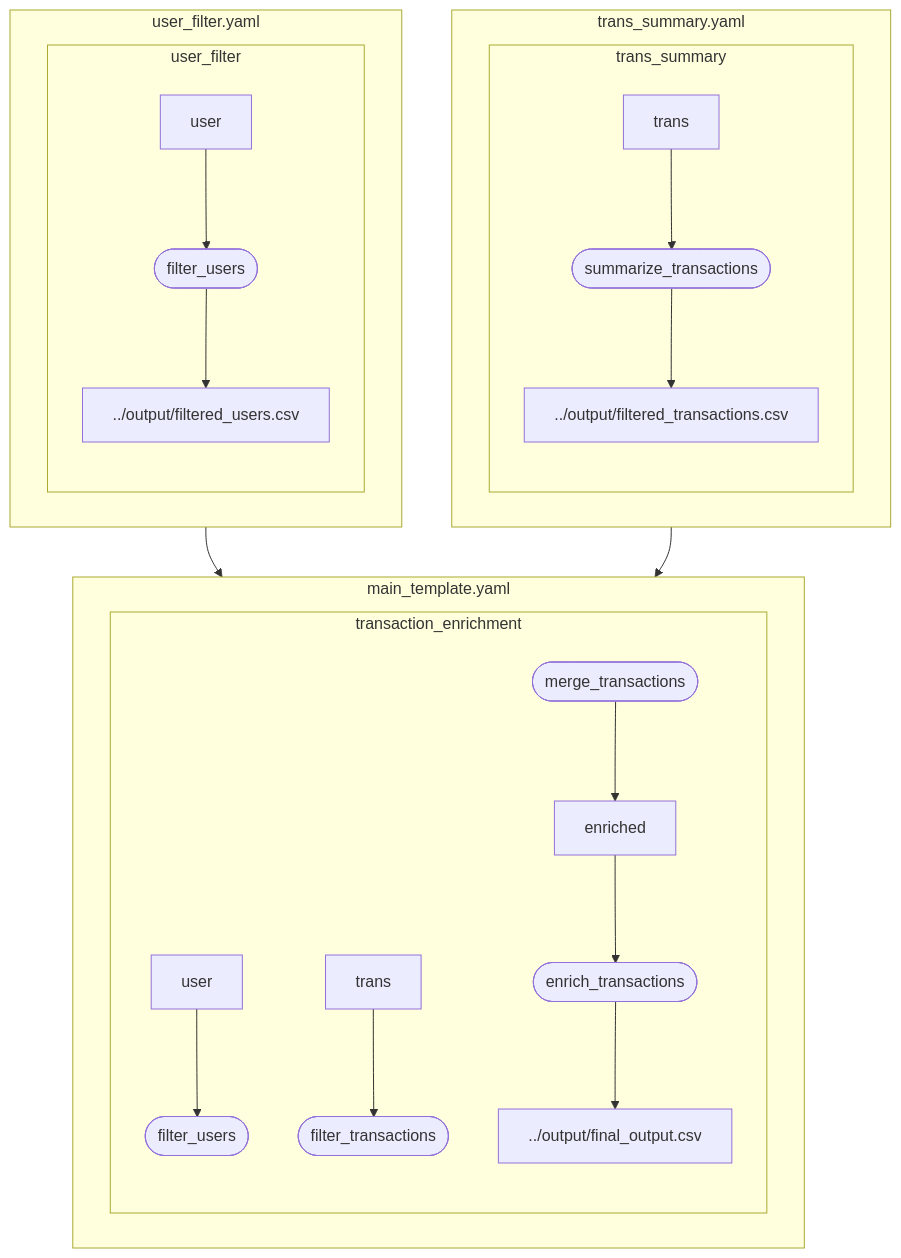
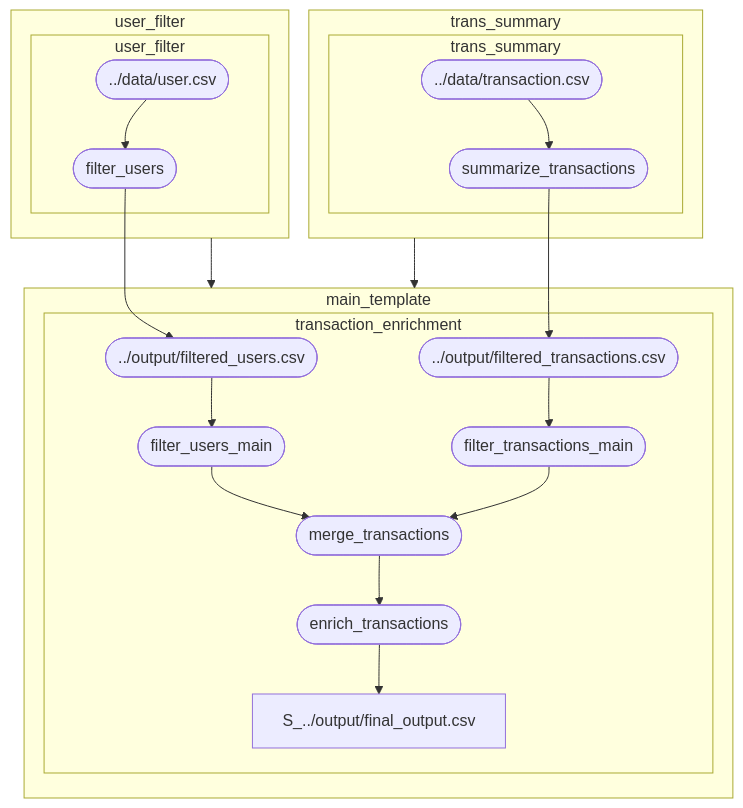
One commit to project-ro/rotab changed the diagram in examples/config/scripts/generated_user_flow.mmd. Above: the diagram before and after it, drawn with Mermaid. The commit also changed 8 other files, not shown here.

```diff
--- a/examples/config/scripts/generated_user_flow.mmd
+++ b/examples/config/scripts/generated_user_flow.mmd
@@ -1,44 +1,43 @@
 graph TB
 
-%% ==== TEMPLATE間の依存 ====
+%% ==== Template dependencies ====
 T_user_filter --> T_main_template
 T_trans_summary --> T_main_template
 
-%% ==== main_template.yaml ====
-subgraph T_main_template ["main_template.yaml"]
-    T_user_main_template_0["user"]
-    T_trans_main_template_1["trans"]
-    T_final_output_csv_out["../output/final_output.csv"]
-    subgraph P_transaction_enrichment ["transaction_enrichment"]
-        S1_main_template(["filter_users"])
-        S2_main_template(["filter_transactions"])
-        S3_main_template(["merge_transactions"])
-        S4_main_template(["enrich_transactions"])
-        T_user_main_template_0 --> S1_main_template
-        T_trans_main_template_1 --> S2_main_template
-        S3_main_template --> enriched -->
-        S4_main_template --> T_final_output_csv_out
-    end
+%% ==== Processes in main_template ====
+subgraph T_main_template ["main_template"]
+  subgraph P_transaction_enrichment ["transaction_enrichment"]
+    S_../output/filtered_users.csv(["../output/filtered_users.csv"])
+    S_../output/filtered_transactions.csv(["../output/filtered_transactions.csv"])
+    S_filter_users_main(["filter_users_main"])
+    S_filter_transactions_main(["filter_transactions_main"])
+    S_merge_transactions(["merge_transactions"])
+    S_enrich_transactions(["enrich_transactions"])
+    S_../output/filtered_users.csv --> S_filter_users_main
+    S_../output/filtered_transactions.csv --> S_filter_transactions_main
+    S_filter_users_main --> S_merge_transactions
+    S_filter_transactions_main --> S_merge_transactions
+    S_merge_transactions --> S_enrich_transactions
+    S_enrich_transactions --> S_../output/final_output.csv
+  end
 end
 
-%% ==== trans_summary.yaml ====
-subgraph T_trans_summary ["trans_summary.yaml"]
-    T_trans_trans_summary_0["trans"]
-    T_filtered_transactions_csv_out["../output/filtered_transactions.csv"]
-    subgraph P_trans_summary ["trans_summary"]
-        S1_trans_summary(["summarize_transactions"])
-        T_trans_trans_summary_0 --> S1_trans_summary
-        S1_trans_summary --> T_filtered_transactions_csv_out
-    end
+%% ==== Processes in trans_summary ====
+subgraph T_trans_summary ["trans_summary"]
+  subgraph P_trans_summary ["trans_summary"]
+    S_../data/transaction.csv(["../data/transaction.csv"])
+    S_summarize_transactions(["summarize_transactions"])
+    S_../data/transaction.csv --> S_summarize_transactions
+    S_summarize_transactions --> S_../output/filtered_transactions.csv
+  end
 end
 
-%% ==== user_filter.yaml ====
-subgraph T_user_filter ["user_filter.yaml"]
-    T_user_user_filter_0["user"]
-    T_filtered_users_csv_out["../output/filtered_users.csv"]
-    subgraph P_user_filter ["user_filter"]
-        S1_user_filter(["filter_users"])
-        T_user_user_filter_0 --> S1_user_filter
-        S1_user_filter --> T_filtered_users_csv_out
-    end
+%% ==== Processes in user_filter ====
+subgraph T_user_filter ["user_filter"]
+  subgraph P_user_filter ["user_filter"]
+    S_../data/user.csv(["../data/user.csv"])
+    S_filter_users(["filter_users"])
+    S_../data/user.csv --> S_filter_users
+    S_filter_users --> S_../output/filtered_users.csv
+  end
 end
```
